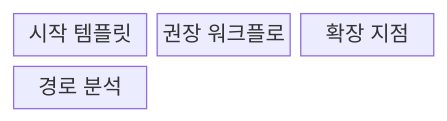
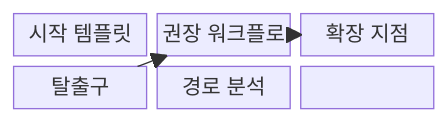
The first of 2 diagrams in src/content/docs/notes/03-software/083_internal_developer_platform_golden_path.md (agnusdei1207/knowledge-base), drawn with Mermaid before and after one commit. The commit also changed other lines of this file and 20 other files, not shown here.

````diff
--- a/src/content/docs/notes/03-software/083_internal_developer_platform_golden_path.md
+++ b/src/content/docs/notes/03-software/083_internal_developer_platform_golden_path.md
@@ -57,8 +61,12 @@
 ```mermaid
-block-beta
+block
   columns 3
   S["시작 템플릿"]
   W["권장 워크플로"]
   E["확장 지점"]
+  H["탈출구"]
   A["경로 분석"]
+  S --> W --> A
+  E --> W
+  H --> W
 ```
````
